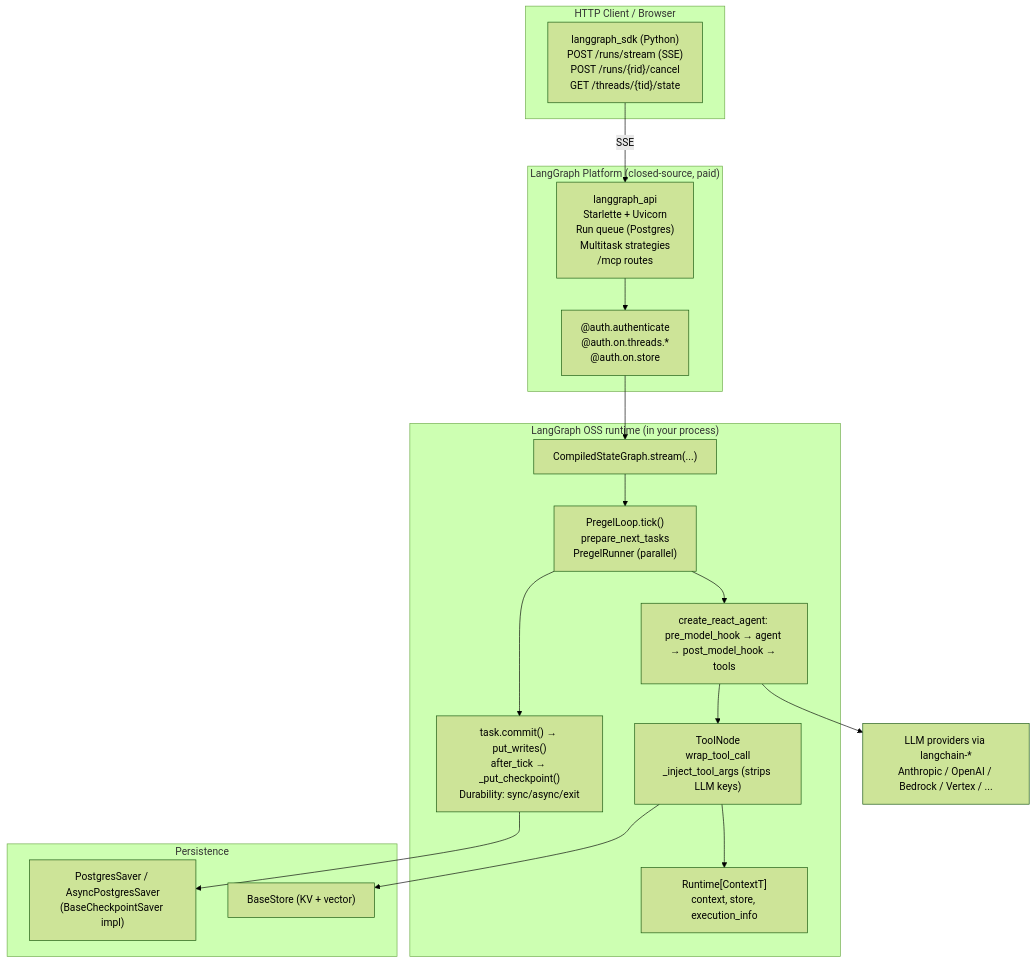
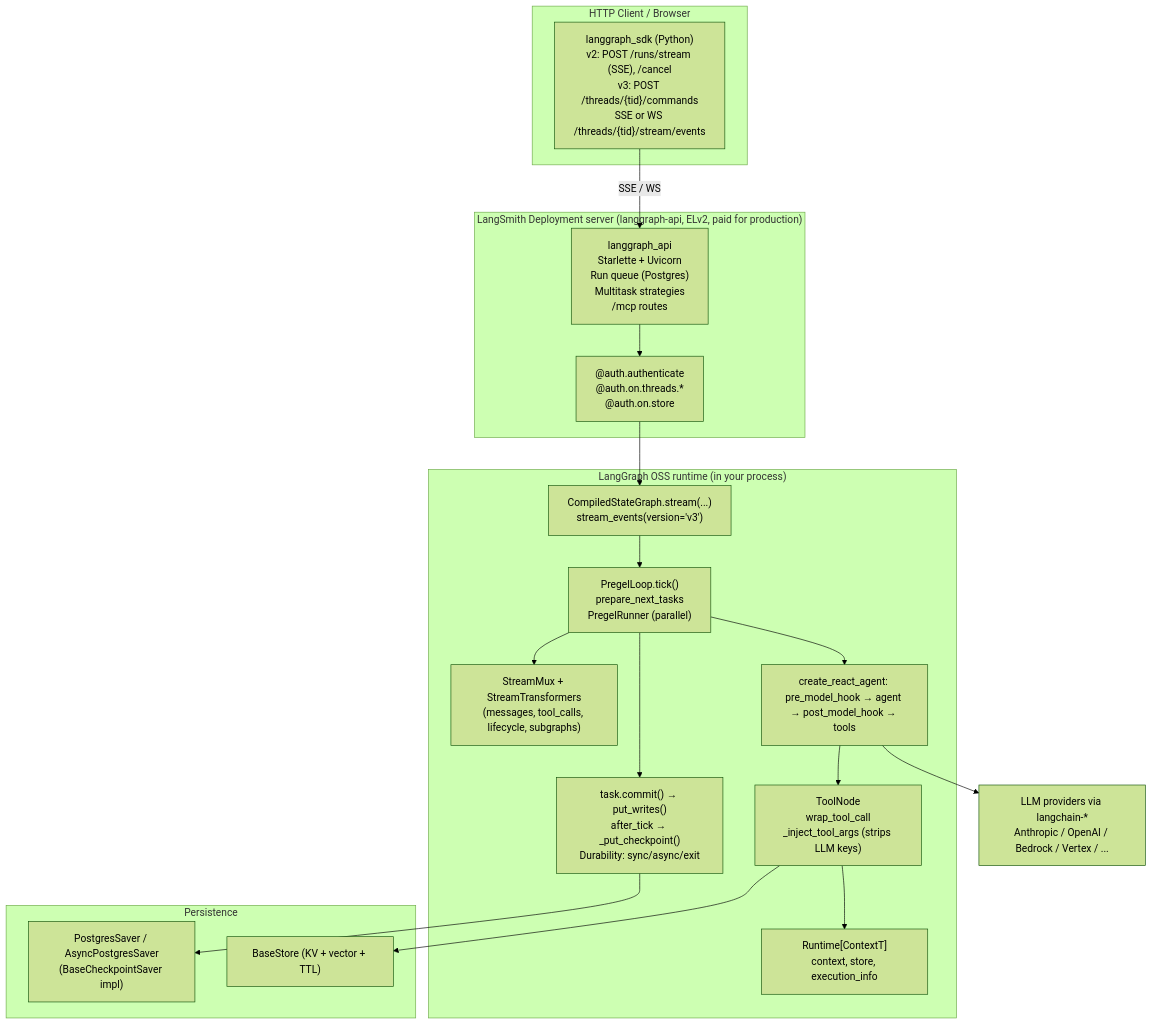
One commit to nmvalera/ai-framework-benchmark changed the diagram in docs/reports/langgraph.md. Above: the diagram before and after it, drawn with Mermaid (forest theme). The commit also changed other lines of this file and 18 other files, not shown here.

````diff
--- a/docs/reports/langgraph.md
+++ b/docs/reports/langgraph.md
@@ -1596,39 +1657,41 @@
 ```mermaid
 graph TB
     subgraph Client["HTTP Client / Browser"]
-        SDK["langgraph_sdk (Python)<br/>POST /runs/stream (SSE)<br/>POST /runs/{rid}/cancel<br/>GET /threads/{tid}/state"]
+        SDK["langgraph_sdk (Python)<br/>v2: POST /runs/stream (SSE), /cancel<br/>v3: POST /threads/{tid}/commands<br/>SSE or WS /threads/{tid}/stream/events"]
     end
 
-    subgraph Platform["LangGraph Platform (closed-source, paid)"]
+    subgraph Platform["LangSmith Deployment server (langgraph-api, ELv2, paid for production)"]
         API["langgraph_api<br/>Starlette + Uvicorn<br/>Run queue (Postgres)<br/>Multitask strategies<br/>/mcp routes"]
         Auth["@auth.authenticate<br/>@auth.on.threads.*<br/>@auth.on.store"]
     end
 
     subgraph OSS["LangGraph OSS runtime (in your process)"]
-        Loop["CompiledStateGraph.stream(...)"]
+        Loop["CompiledStateGraph.stream(...)<br/>stream_events(version='v3')"]
         Pregel["PregelLoop.tick()<br/>prepare_next_tasks<br/>PregelRunner (parallel)"]
         Commit["task.commit() → put_writes()<br/>after_tick → _put_checkpoint()<br/>Durability: sync/async/exit"]
+        Mux["StreamMux + StreamTransformers<br/>(messages, tool_calls, lifecycle, subgraphs)"]
         ReAct["create_react_agent: pre_model_hook → agent → post_model_hook → tools"]
         ToolN["ToolNode<br/>wrap_tool_call<br/>_inject_tool_args (strips LLM keys)"]
         Runtime["Runtime[ContextT]<br/>context, store, execution_info"]
     end
 
     subgraph Storage["Persistence"]
         PG["PostgresSaver / AsyncPostgresSaver<br/>(BaseCheckpointSaver impl)"]
-        Store["BaseStore (KV + vector)"]
+        Store["BaseStore (KV + vector + TTL)"]
     end
 
     LLM["LLM providers via langchain-*<br/>Anthropic / OpenAI / Bedrock / Vertex / ..."]
 
-    SDK -->|SSE| API
+    SDK -->|SSE / WS| API
     API --> Auth
     Auth --> Loop
     Loop --> Pregel
     Pregel --> Commit
+    Pregel --> Mux
     Pregel --> ReAct
     ReAct --> ToolN
     ToolN --> Runtime
     Commit --> PG
     ToolN --> Store
     ReAct --> LLM
 ```
````
